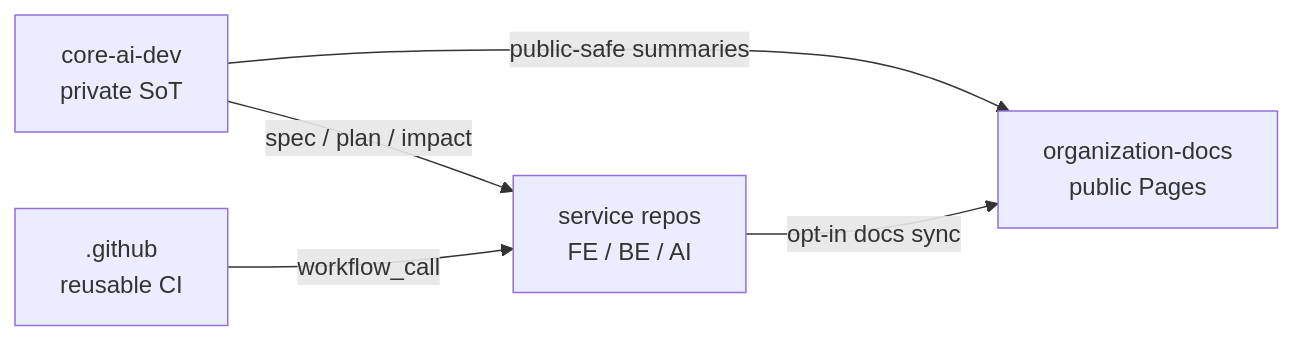
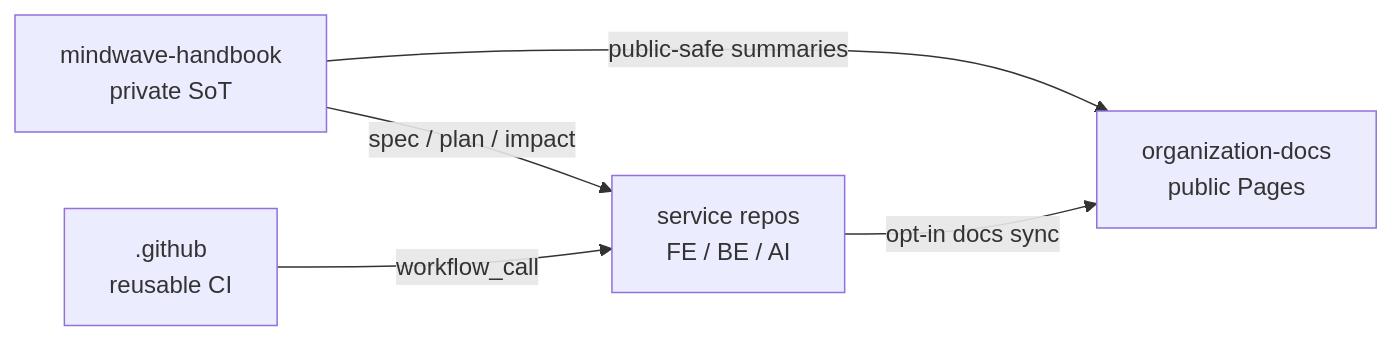
The first of 2 diagrams in docs/how-we-work.md (mindwave-th/organization-docs), drawn with Mermaid before and after one commit. The commit also changed other lines of this file and 1 other file, not shown here.

First line of the commit message:
docs: point to mindwave-handbook (renamed from core-ai-dev)

````diff
--- a/docs/how-we-work.md
+++ b/docs/how-we-work.md
@@ -24,12 +26,12 @@
 ```mermaid
 flowchart LR
-  ADC["core-ai-dev<br/>private SoT"]
+  ADC["mindwave-handbook<br/>private SoT"]
   OD["organization-docs<br/>public Pages"]
   GH[".github<br/>reusable CI"]
   SR["service repos<br/>FE / BE / AI"]
 
   ADC -->|"public-safe summaries"| OD
   ADC -->|"spec / plan / impact"| SR
   GH -->|"workflow_call"| SR
   SR -->|"opt-in docs sync"| OD
 ```
````
